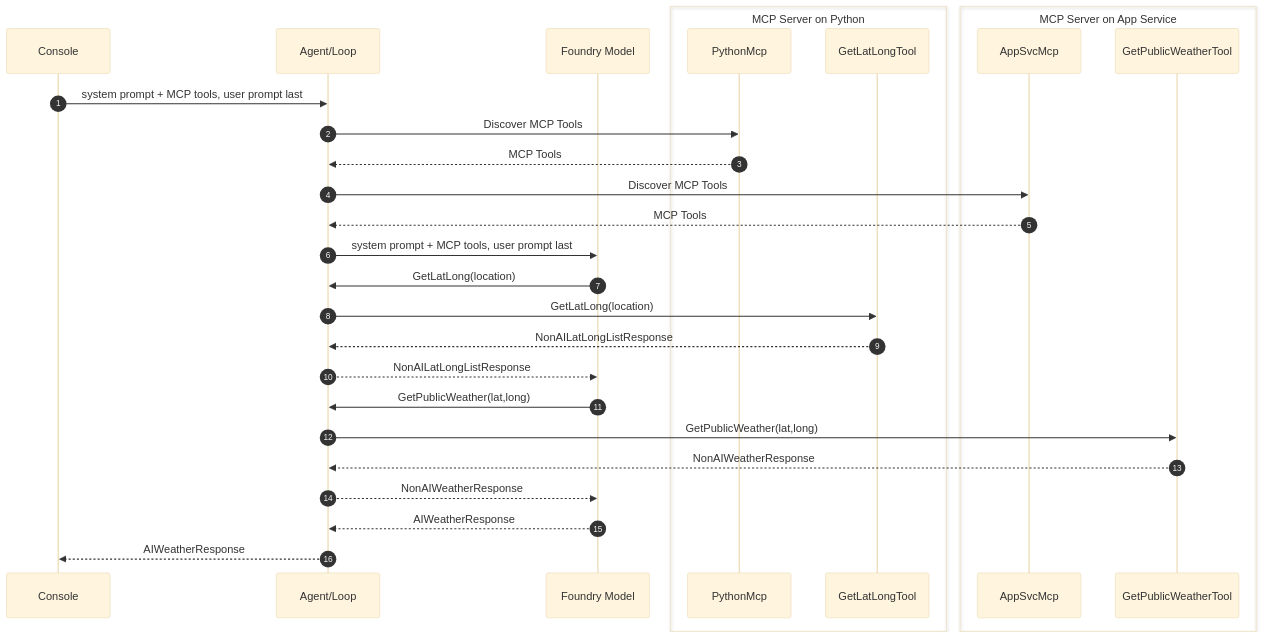
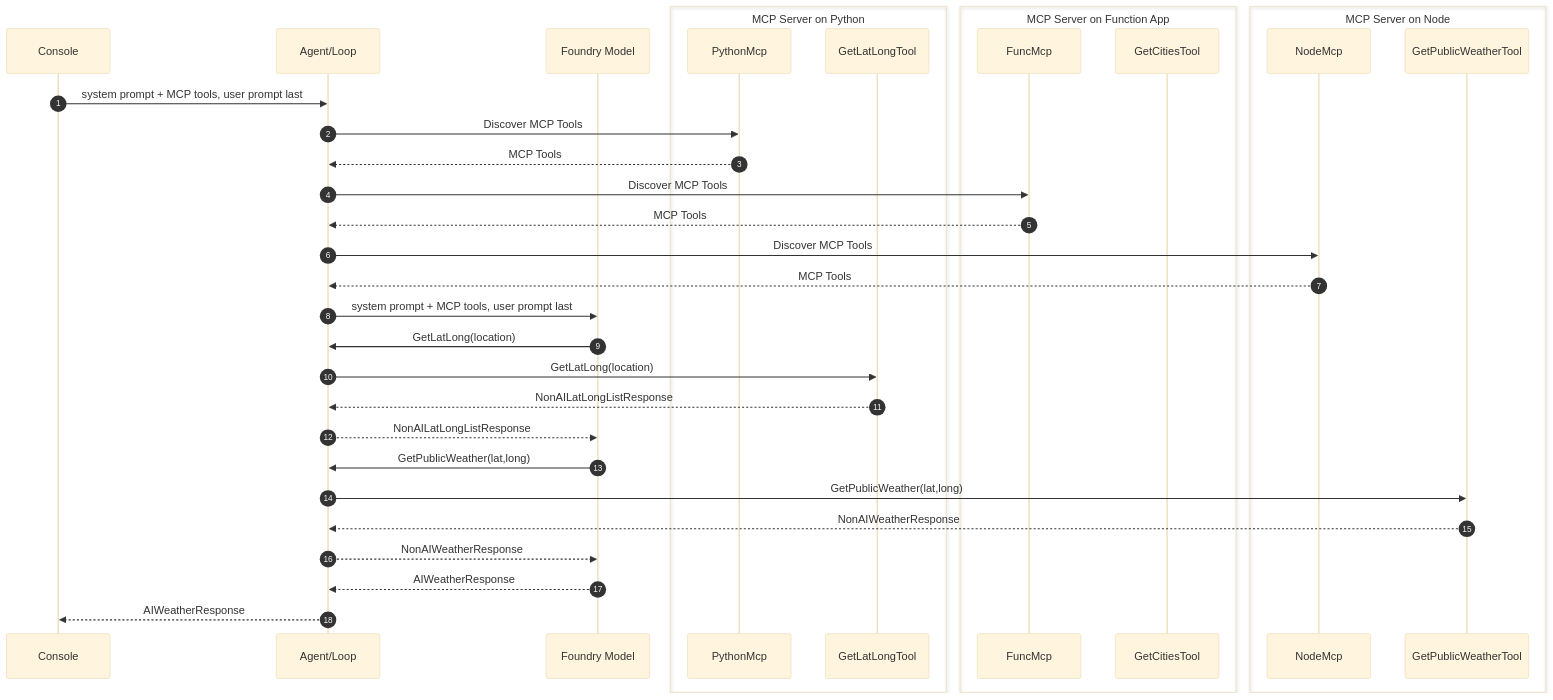
Before and after one commit to dustinkorzaan/weather-1116: the sixth of 8 diagrams in docs/4-demystifying-foundry-agents-mcp/demystifying-foundry-agents-mcp.md, drawn with Mermaid (base theme). The commit also changed other lines of this file and 2 other files, not shown here.

First line of the commit message:
docs: fix stale MCP host references after the geo tool swap

````diff
--- a/docs/4-demystifying-foundry-agents-mcp/demystifying-foundry-agents-mcp.md
+++ b/docs/4-demystifying-foundry-agents-mcp/demystifying-foundry-agents-mcp.md
@@ -174,32 +177,38 @@
   ```mermaid
   sequenceDiagram
       autonumber
       participant Console
       participant AppLoop as Agent/Loop
       participant Model as Foundry Model
       box MCP Server on Python
           participant PythonMcp
           participant GetLatLongTool
       end
-      box MCP Server on App Service
-          participant AppSvcMcp
+      box MCP Server on Function App
+          participant FuncMcp
+          participant GetCitiesTool
+      end
+      box MCP Server on Node
+          participant NodeMcp
           participant GetPublicWeatherTool
       end
 
       Console->>AppLoop: system prompt + MCP tools, user prompt last
       AppLoop->>PythonMcp: Discover MCP Tools
       PythonMcp-->>AppLoop: MCP Tools
-      AppLoop->>AppSvcMcp: Discover MCP Tools
-      AppSvcMcp-->>AppLoop: MCP Tools
+      AppLoop->>FuncMcp: Discover MCP Tools
+      FuncMcp-->>AppLoop: MCP Tools
+      AppLoop->>NodeMcp: Discover MCP Tools
+      NodeMcp-->>AppLoop: MCP Tools
       AppLoop->>Model: system prompt + MCP tools, user prompt last
       Model->>AppLoop: GetLatLong(location)
       AppLoop->>GetLatLongTool: GetLatLong(location)
       GetLatLongTool-->>AppLoop: NonAILatLongListResponse
       AppLoop-->>Model: NonAILatLongListResponse
       Model->>AppLoop: GetPublicWeather(lat,long)
       AppLoop->>GetPublicWeatherTool: GetPublicWeather(lat,long)
       GetPublicWeatherTool-->>AppLoop: NonAIWeatherResponse
       AppLoop-->>Model: NonAIWeatherResponse
       Model-->>AppLoop: AIWeatherResponse
       AppLoop-->>Console: AIWeatherResponse
   ```
````
